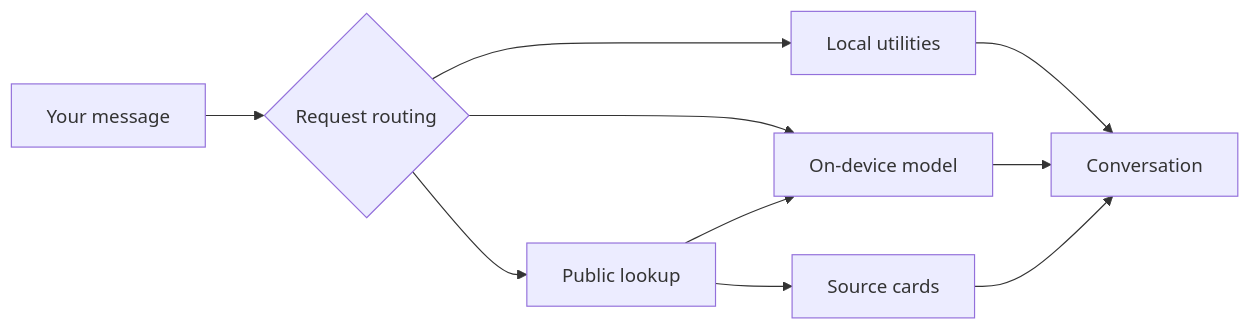
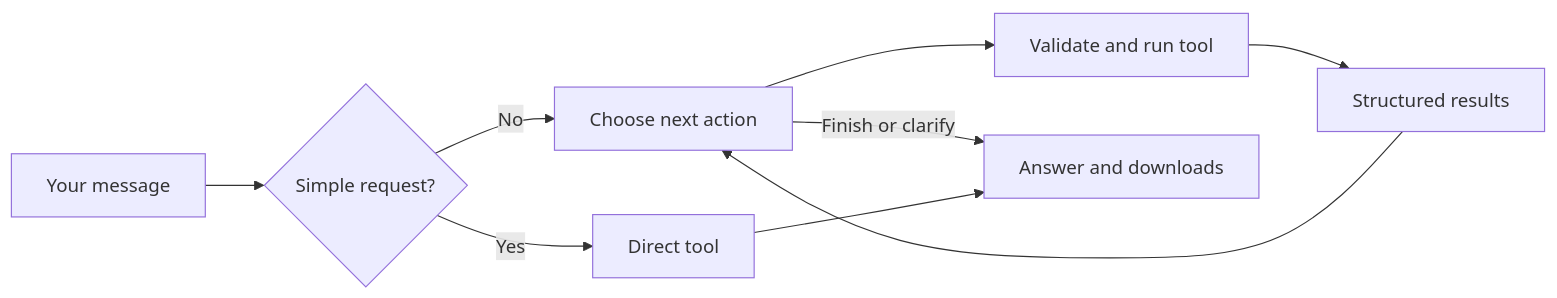
One commit to predatorray/CheapGPT changed the diagram in README.md. Above: the diagram before and after it, drawn with Mermaid. The commit also changed other lines of this file and 33 other files, not shown here.

Commit message:
Add model-driven task harness and reliable tool chaining

````diff
--- a/README.md
+++ b/README.md
@@ -118,12 +125,11 @@
 ```mermaid
 flowchart LR
-    A[Your message] --> B{Request routing}
-    B --> C[Local utilities]
-    B --> D[Public lookup]
-    B --> E[On-device model]
-    D --> F[Source cards]
-    D --> E
-    C --> G[Conversation]
-    E --> G
-    F --> G
+    A[Your message] --> B{Simple request?}
+    B -->|Yes| C[Direct tool]
+    B -->|No| D[Choose next action]
+    D --> E[Validate and run tool]
+    E --> F[Structured results]
+    F --> D
+    D -->|Finish or clarify| G[Answer and downloads]
+    C --> G
 ```
````
